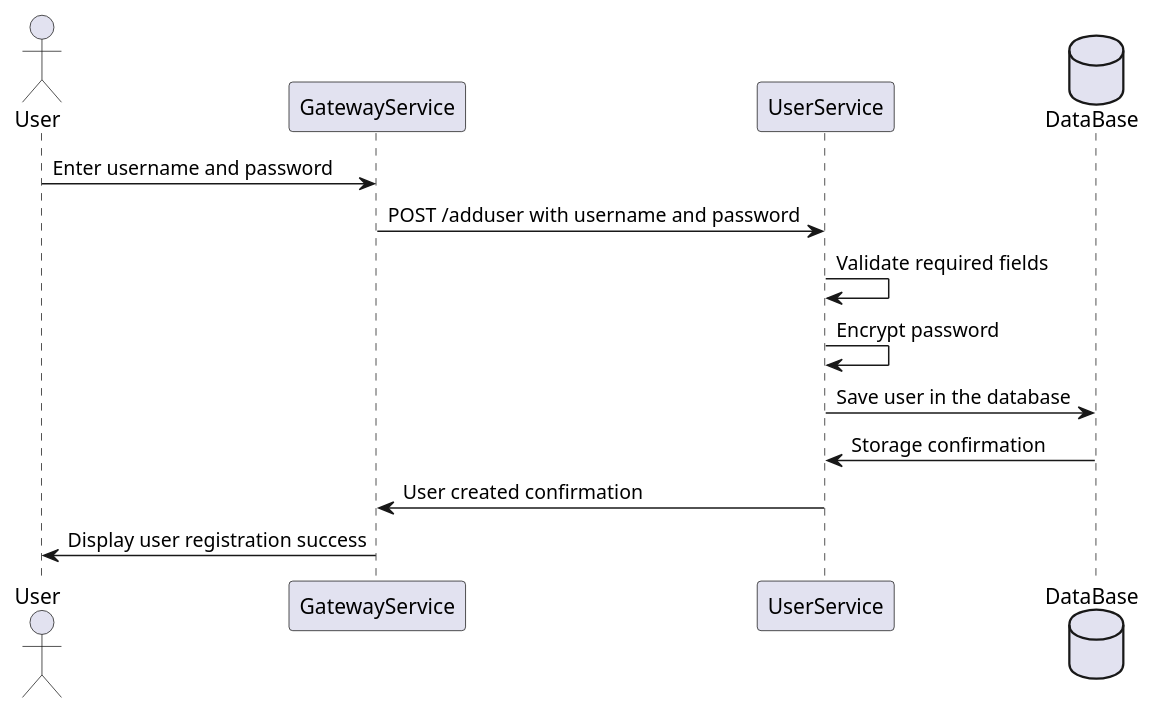
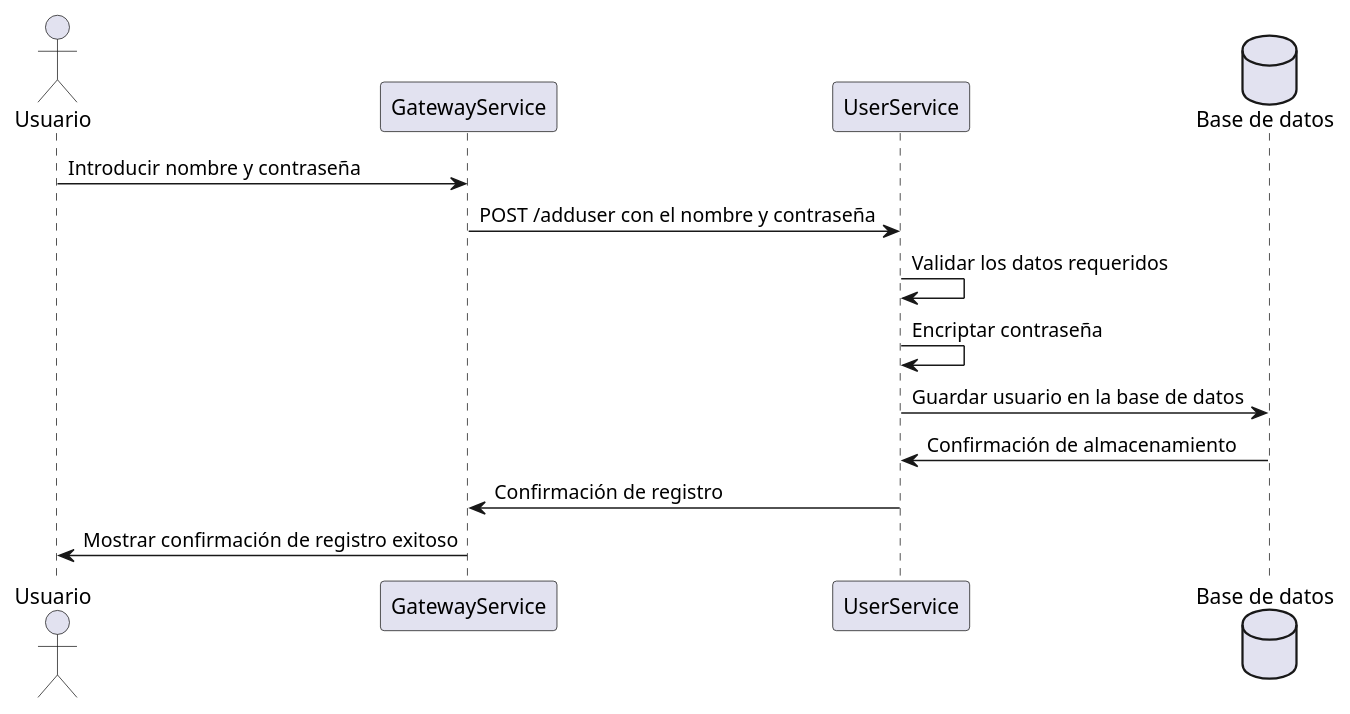
One commit to Arquisoft/wichat_es5a changed the first of 3 diagrams in docs/src/06_runtime_view.adoc. Above: the diagram before and after it, drawn with PlantUML. The commit also changed other lines of this file, not shown here.

```diff
--- a/docs/src/06_runtime_view.adoc
+++ b/docs/src/06_runtime_view.adoc
@@ -50,18 +49,18 @@
 [plantuml,"User registration diagram",png]
 ----
 
-actor User
+actor Usuario
 participant "GatewayService" as GS
 participant "UserService" as US
-database "DataBase" as DB
+database "Base de datos" as DB
 
-User -> GS: Enter username and password
-GS -> US: POST /adduser with username and password
-US -> US: Validate required fields
-US -> US: Encrypt password
-US -> DB: Save user in the database
-DB -> US: Storage confirmation
-US -> GS: User created confirmation
-GS -> User: Display user registration success
+Usuario -> GS: Introducir nombre y contraseña
+GS -> US: POST /adduser con el nombre y contraseña
+US -> US: Validar los datos requeridos
+US -> US: Encriptar contraseña
+US -> DB: Guardar usuario en la base de datos
+DB -> US: Confirmación de almacenamiento
+US -> GS: Confirmación de registro
+GS -> Usuario: Mostrar confirmación de registro exitoso
 
 ----
```
